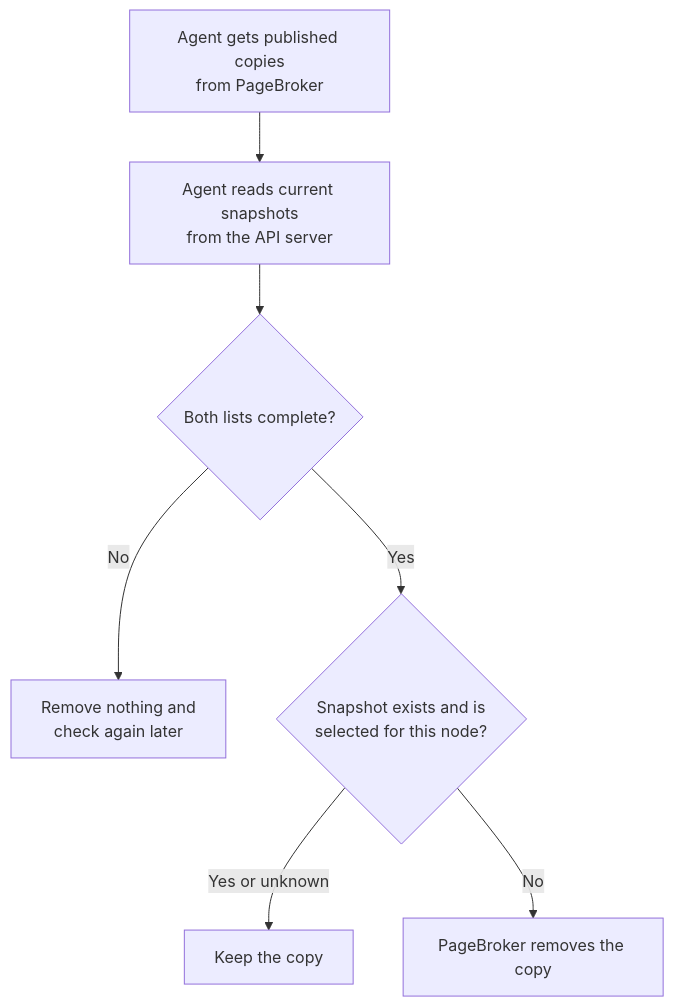
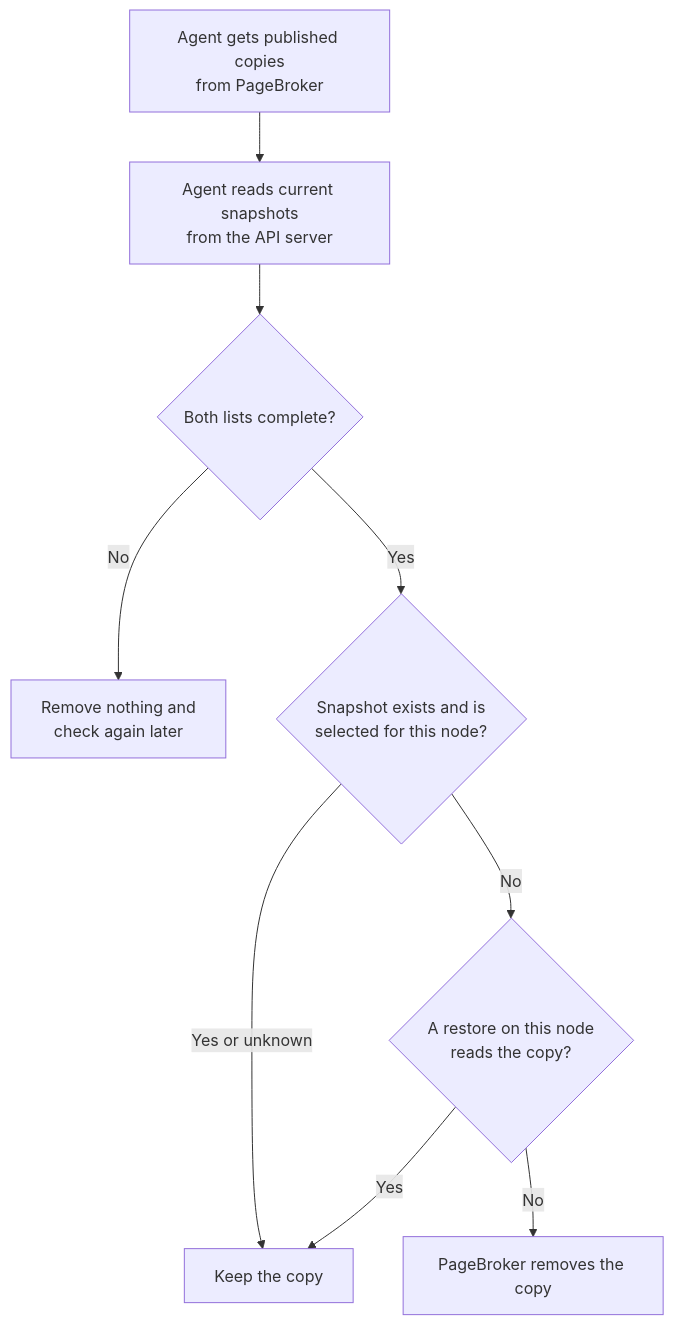
Before and after one commit to ai-dynamo/snapshot: the third of 3 diagrams in docs/design/644-node-cache/README.md, drawn with Mermaid. The commit also changed other lines of this file, not shown here.

First line of the commit message:
docs(snep): address review comments on the node cache proposal

````diff
--- a/docs/design/644-node-cache/README.md
+++ b/docs/design/644-node-cache/README.md
@@ -403,9 +406,11 @@
 ```mermaid
 flowchart TD
     A["Agent gets published copies<br/>from PageBroker"] --> B["Agent reads current snapshots<br/>from the API server"]
     B --> C{"Both lists complete?"}
     C -->|No| N["Remove nothing and<br/>check again later"]
     C -->|Yes| D{"Snapshot exists and is<br/>selected for this node?"}
     D -->|Yes or unknown| K["Keep the copy"]
-    D -->|No| R["PageBroker removes the copy"]
+    D -->|No| U{"A restore on this node<br/>reads the copy?"}
+    U -->|Yes| K
+    U -->|No| R["PageBroker removes the copy"]
 ```
````
